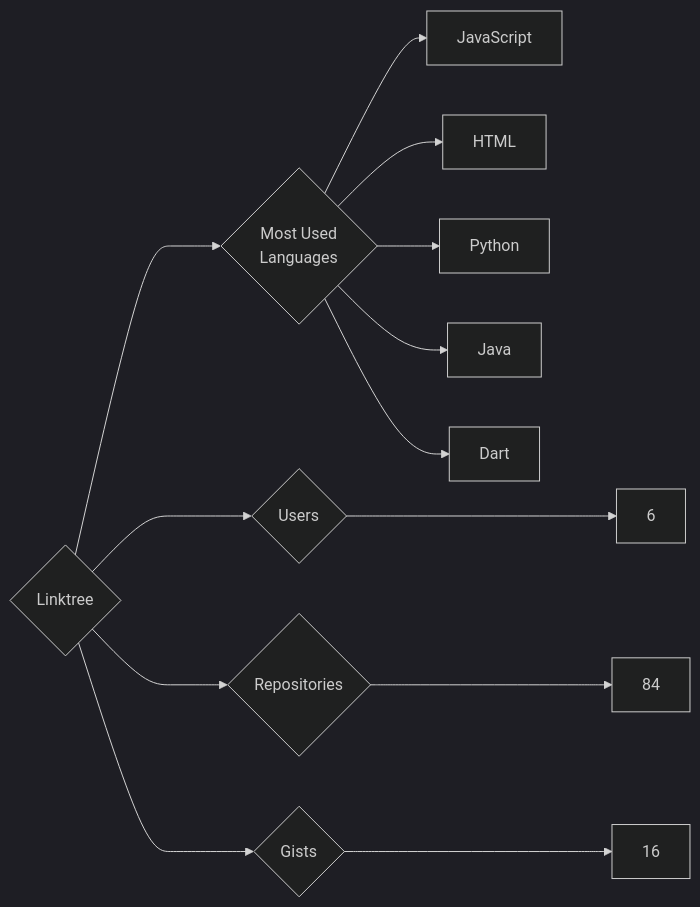
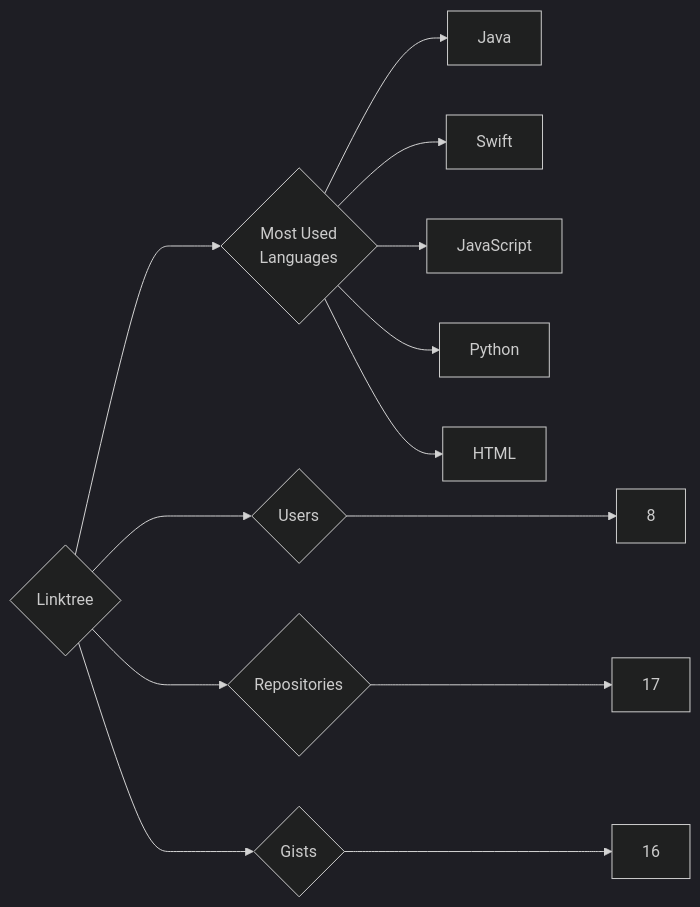
One commit to trickest/insiders changed the diagram in targets/Linktree/README.md. Above: the diagram before and after it, drawn with Mermaid (dark theme). The commit also changed 1484 other files, not shown here.

````diff
--- a/targets/Linktree/README.md
+++ b/targets/Linktree/README.md
@@ -3,13 +3,13 @@
 ```mermaid
 graph LR
 COMPANY_NAME{Linktree}
-COMPANY_NAME ---> U{Users} ---> UN[6]
-COMPANY_NAME ---> R{Repositories} ---> RN[84]
+COMPANY_NAME ---> U{Users} ---> UN[8]
+COMPANY_NAME ---> R{Repositories} ---> RN[17]
 COMPANY_NAME ---> G{Gists} ---> GN[16]
 COMPANY_NAME ---> ML{Most Used<br>Languages}
+ML --> Java[Java]
+ML --> Swift[Swift]
 ML --> JavaScript[JavaScript]
+ML --> Python[Python]
 ML --> HTML[HTML]
-ML --> Python[Python]
-ML --> Java[Java]
-ML --> Dart[Dart]
 ```
````
